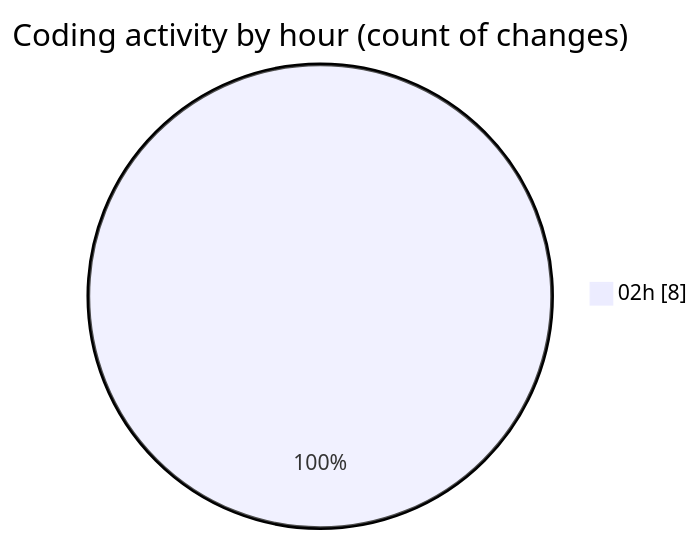
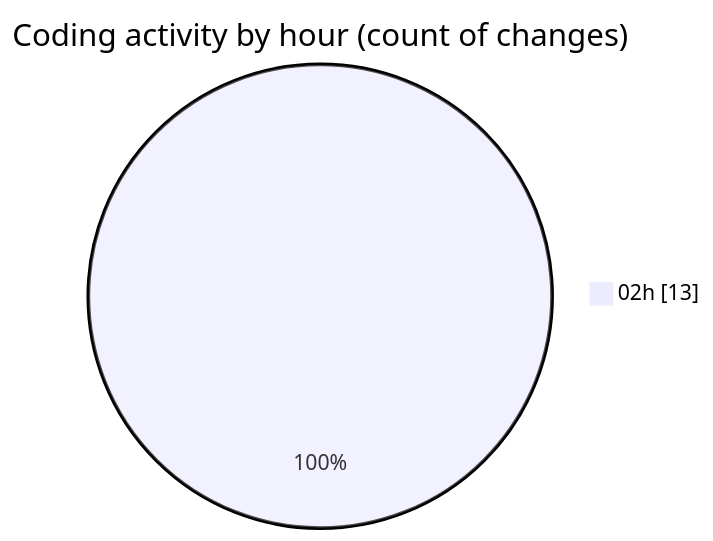
One commit to Netris89/code-tracking changed the second of 2 diagrams in 2025-04-05/front-end/README.md. Above: the diagram before and after it, drawn with Mermaid. The commit also changed other lines of this file and 1 other file, not shown here.

````diff
--- a/2025-04-05/front-end/README.md
+++ b/2025-04-05/front-end/README.md
@@ -31,5 +31,5 @@
 ```mermaid
 pie showData
 title Coding activity by hour (count of changes)
-"02h" : 8
+"02h" : 13
 ```
````
